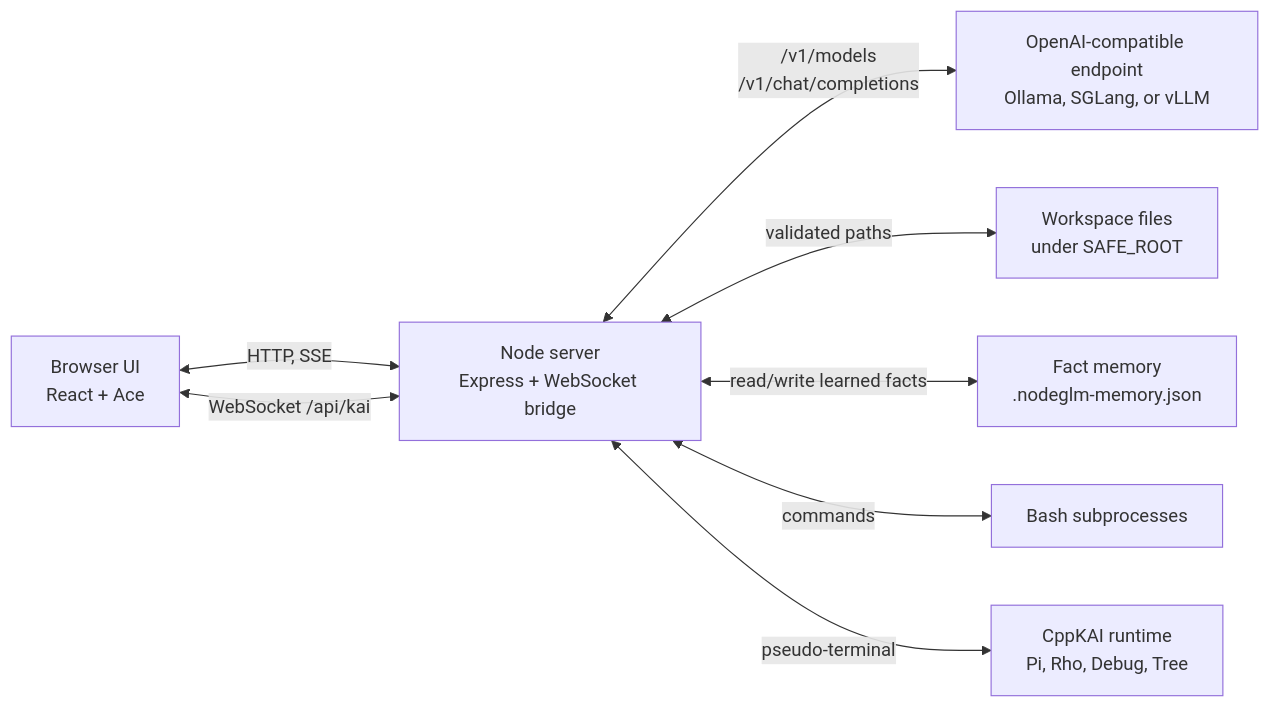
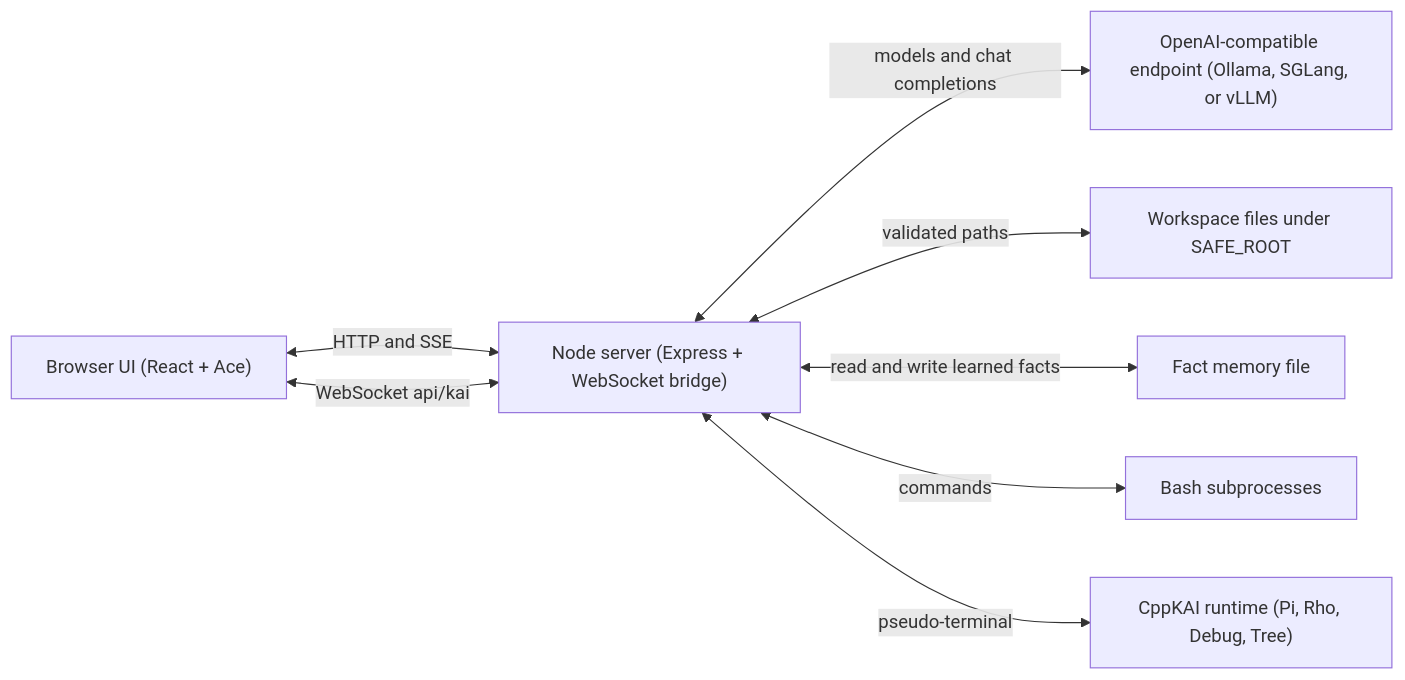
The first of 4 diagrams in Readme.md (cschladetsch/NodeGLM-5), drawn with Mermaid before and after one commit. The commit also changed other lines of this file and 1 other file, not shown here.

Commit message:
Fix README Mermaid rendering

````diff
--- a/Readme.md
+++ b/Readme.md
@@ -10,18 +10,18 @@
 ```mermaid
 flowchart LR
-    Browser["Browser UI<br/>React + Ace"]
-    Server["Node server<br/>Express + WebSocket bridge"]
-    Model["OpenAI-compatible endpoint<br/>Ollama, SGLang, or vLLM"]
-    Files["Workspace files<br/>under SAFE_ROOT"]
-    Memory["Fact memory<br/>.nodeglm-memory.json"]
+    Browser["Browser UI (React + Ace)"]
+    Server["Node server (Express + WebSocket bridge)"]
+    Model["OpenAI-compatible endpoint (Ollama, SGLang, or vLLM)"]
+    Files["Workspace files under SAFE_ROOT"]
+    Memory["Fact memory file"]
     Shell["Bash subprocesses"]
-    Kai["CppKAI runtime<br/>Pi, Rho, Debug, Tree"]
+    Kai["CppKAI runtime (Pi, Rho, Debug, Tree)"]
 
-    Browser <-->|"HTTP, SSE"| Server
-    Browser <-->|"WebSocket /api/kai"| Server
-    Server <-->|"/v1/models<br/>/v1/chat/completions"| Model
-    Server <-->|"validated paths"| Files
-    Server <-->|"read/write learned facts"| Memory
-    Server <-->|"commands"| Shell
-    Server <-->|"pseudo-terminal"| Kai
+    Browser <-->|HTTP and SSE| Server
+    Browser <-->|WebSocket api/kai| Server
+    Server <-->|models and chat completions| Model
+    Server <-->|validated paths| Files
+    Server <-->|read and write learned facts| Memory
+    Server <-->|commands| Shell
+    Server <-->|pseudo-terminal| Kai
 ```
````
